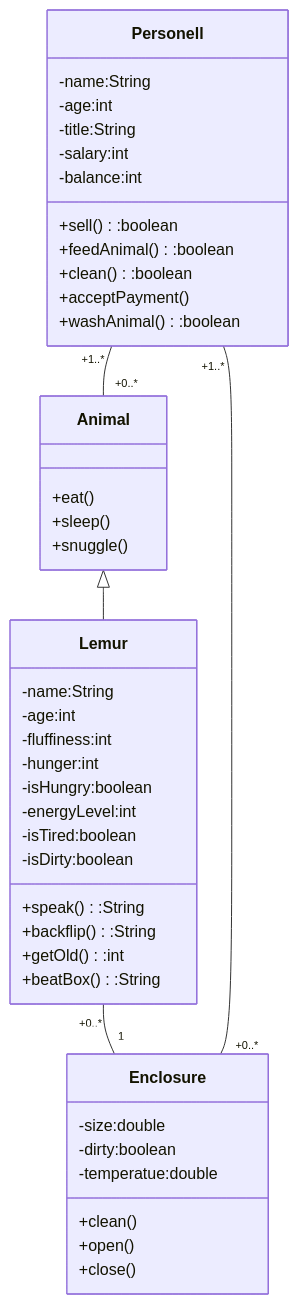
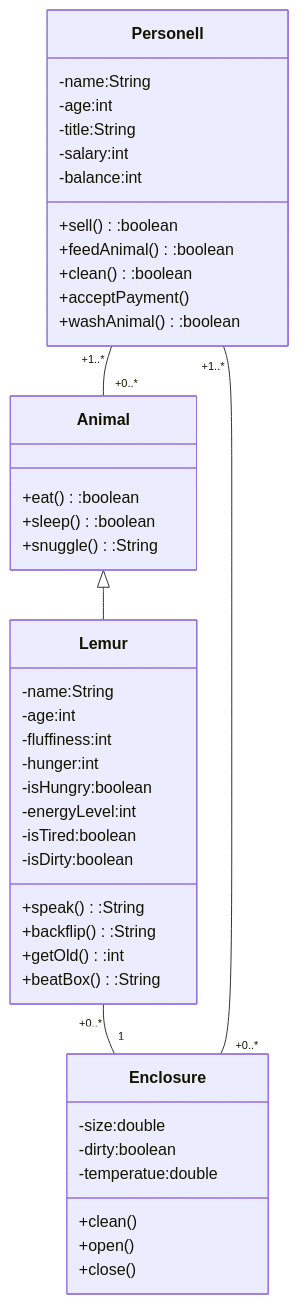
One commit to lundgren98/Zoo changed the diagram in DESIGN.md. Above: the diagram before and after it, drawn with Mermaid.

Commit message:
animal design now denotes type

````diff
--- a/DESIGN.md
+++ b/DESIGN.md
@@ -30,46 +30,46 @@
 ```mermaid
 classDiagram
     Animal <|-- Lemur
     Lemur "+0..*" -- "1" Enclosure
     Personell "+1..*" -- "+0..*"  Enclosure
     Personell "+1..*" -- "+0..*" Animal
     class Animal {
-        +eat()
-        +sleep()
-        +snuggle()
+        +eat():boolean
+        +sleep():boolean
+        +snuggle():String
     }
     class Lemur {
         -name:String
         -age:int
         -fluffiness:int
 	    -hunger:int
 	    -isHungry:boolean
 	    -energyLevel:int
 	    -isTired:boolean
 	    -isDirty:boolean
         +speak():String
         +backflip():String
 	    +getOld():int
 	    +beatBox():String
     }
     class Enclosure {
         -size:double
         -dirty:boolean
         -temperatue:double
         +clean()
         +open()
         +close()
     }
     class Personell {
         -name:String
         -age:int
         -title:String
         -salary:int
         -balance:int
         +sell():boolean
         +feedAnimal():boolean
         +clean():boolean
         +acceptPayment()
         +washAnimal():boolean
     }
 ```
````
